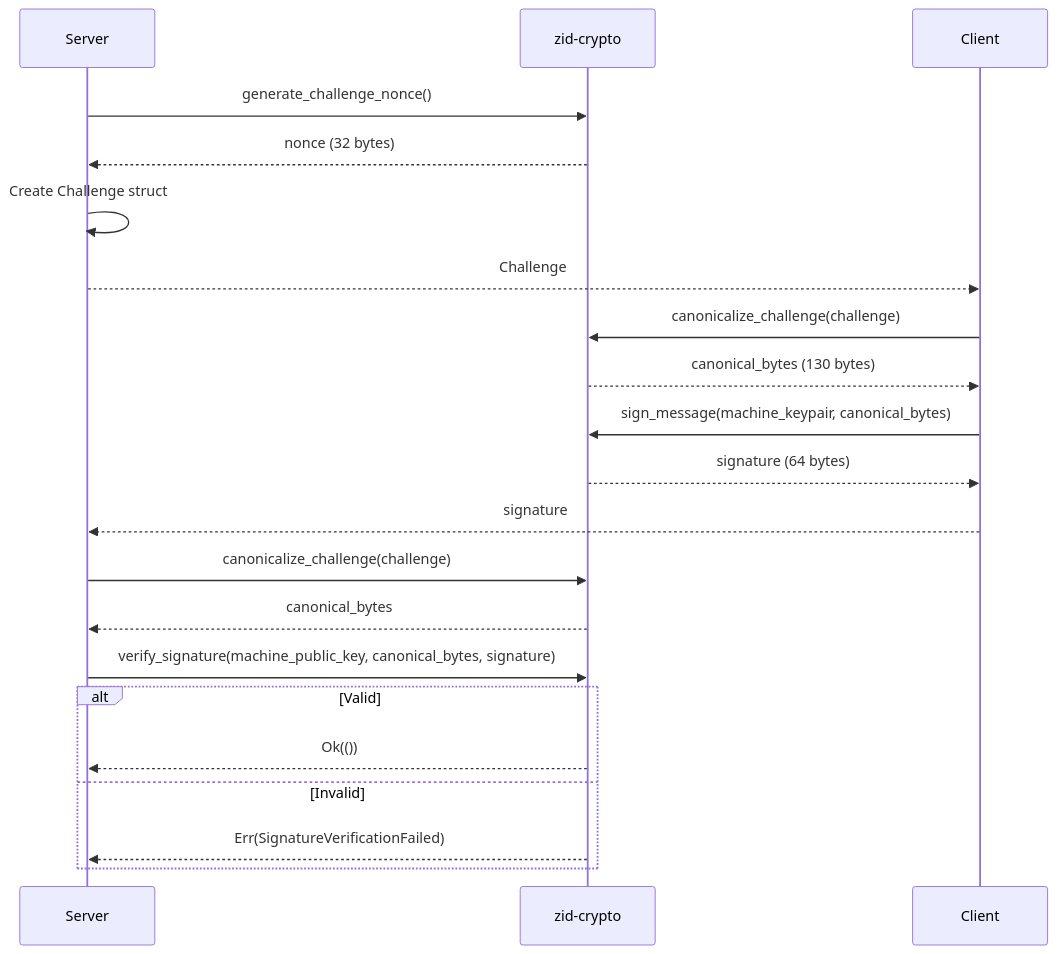
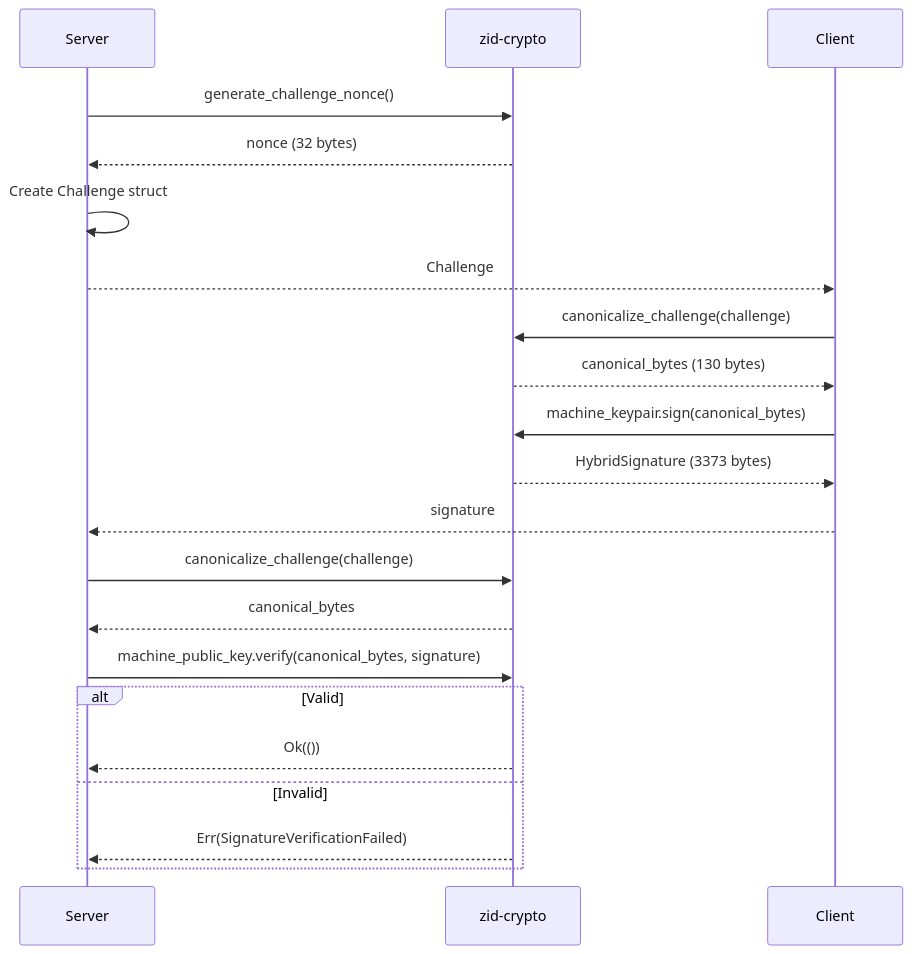
The fifth of 6 diagrams in docs/spec/v0.1.0/01-crypto.md (cypher-asi/zero-auth), drawn with Mermaid before and after one commit. The commit also changed other lines of this file and 13 other files, not shown here.

First line of the commit message:
docs: remove Ed25519KeyPair, sign_message, and classical-only references from all documentation to reflect PQ-Hybrid migration

````diff
--- a/docs/spec/v0.1.0/01-crypto.md
+++ b/docs/spec/v0.1.0/01-crypto.md
@@ -548,26 +570,26 @@
 ```mermaid
 sequenceDiagram
     participant Server
     participant Crypto as zid-crypto
     participant Client
     
     Server->>Crypto: generate_challenge_nonce()
     Crypto-->>Server: nonce (32 bytes)
     Server->>Server: Create Challenge struct
     Server-->>Client: Challenge
     
     Client->>Crypto: canonicalize_challenge(challenge)
     Crypto-->>Client: canonical_bytes (130 bytes)
-    Client->>Crypto: sign_message(machine_keypair, canonical_bytes)
-    Crypto-->>Client: signature (64 bytes)
+    Client->>Crypto: machine_keypair.sign(canonical_bytes)
+    Crypto-->>Client: HybridSignature (3373 bytes)
     Client-->>Server: signature
     
     Server->>Crypto: canonicalize_challenge(challenge)
     Crypto-->>Server: canonical_bytes
-    Server->>Crypto: verify_signature(machine_public_key, canonical_bytes, signature)
+    Server->>Crypto: machine_public_key.verify(canonical_bytes, signature)
     alt Valid
         Crypto-->>Server: Ok(())
     else Invalid
         Crypto-->>Server: Err(SignatureVerificationFailed)
     end
 ```
````
